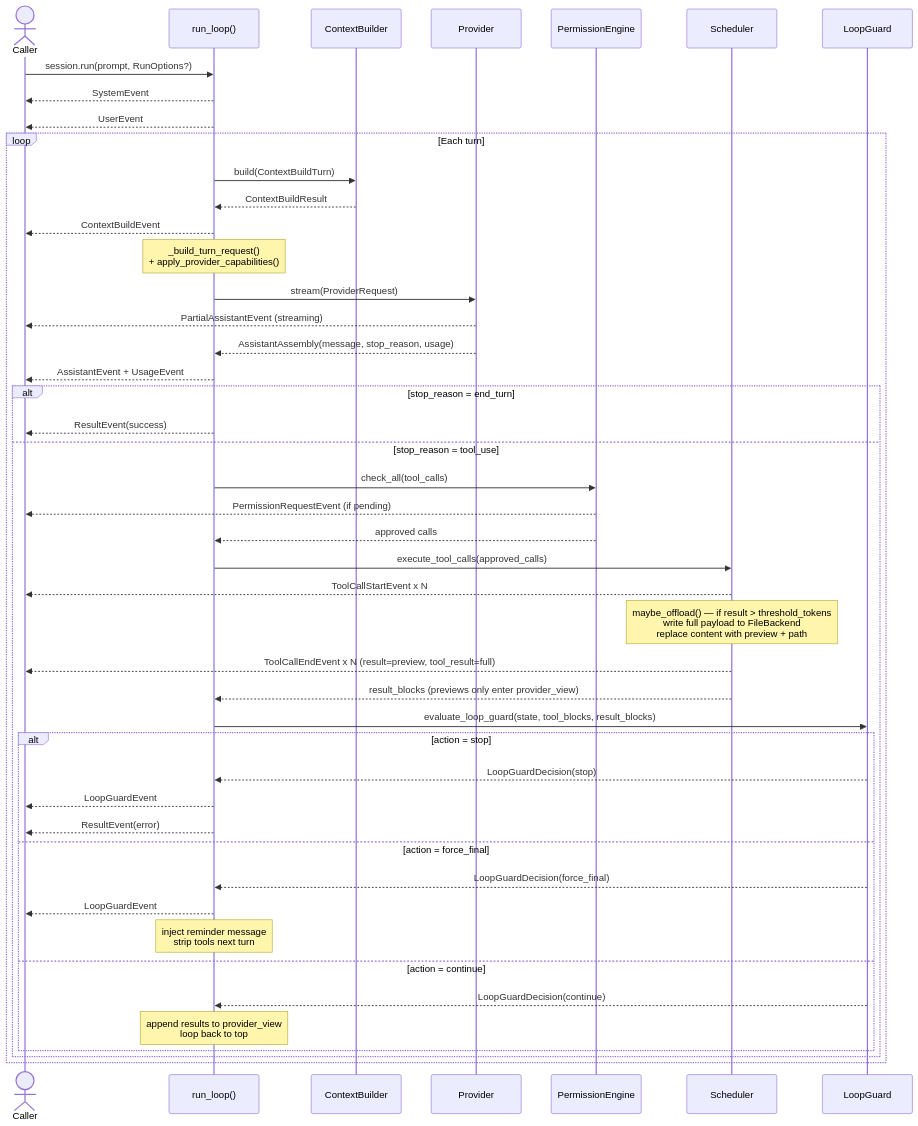
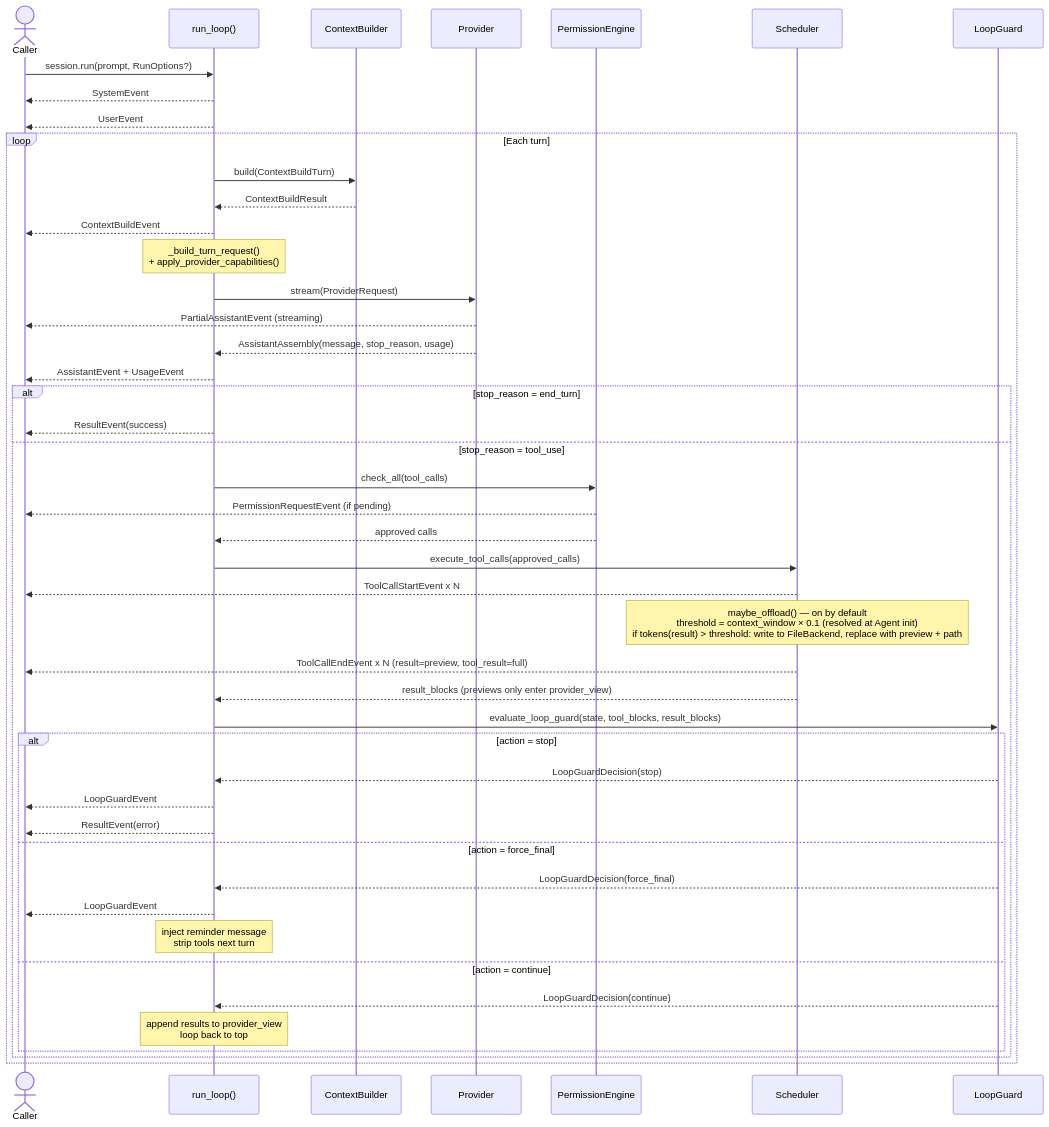
The second of 14 diagrams in docs/architecture.md (DuyTa506/linch), drawn with Mermaid before and after one commit. The commit also changed other lines of this file and 46 other files, not shown here.

````diff
--- a/docs/architecture.md
+++ b/docs/architecture.md
@@ -81,57 +81,57 @@
 ```mermaid
 sequenceDiagram
     actor Caller
     participant RL as run_loop()
     participant CB as ContextBuilder
     participant PR as Provider
     participant PE as PermissionEngine
     participant SC as Scheduler
     participant LG as LoopGuard
 
     Caller->>RL: session.run(prompt, RunOptions?)
     RL-->>Caller: SystemEvent
     RL-->>Caller: UserEvent
 
     loop Each turn
         RL->>CB: build(ContextBuildTurn)
         CB-->>RL: ContextBuildResult
         RL-->>Caller: ContextBuildEvent
 
         Note over RL: _build_turn_request()<br/>+ apply_provider_capabilities()
 
         RL->>PR: stream(ProviderRequest)
         PR-->>Caller: PartialAssistantEvent (streaming)
         PR-->>RL: AssistantAssembly(message, stop_reason, usage)
 
         RL-->>Caller: AssistantEvent + UsageEvent
 
         alt stop_reason = end_turn
             RL-->>Caller: ResultEvent(success)
         else stop_reason = tool_use
             RL->>PE: check_all(tool_calls)
             PE-->>Caller: PermissionRequestEvent (if pending)
             PE-->>RL: approved calls
 
             RL->>SC: execute_tool_calls(approved_calls)
             SC-->>Caller: ToolCallStartEvent x N
-            Note over SC: maybe_offload() — if result > threshold_tokens<br/>write full payload to FileBackend<br/>replace content with preview + path
+            Note over SC: maybe_offload() — on by default<br/>threshold = context_window × 0.1 (resolved at Agent init)<br/>if tokens(result) > threshold: write to FileBackend, replace with preview + path
             SC-->>Caller: ToolCallEndEvent x N (result=preview, tool_result=full)
             SC-->>RL: result_blocks (previews only enter provider_view)
 
             RL->>LG: evaluate_loop_guard(state, tool_blocks, result_blocks)
 
             alt action = stop
                 LG-->>RL: LoopGuardDecision(stop)
                 RL-->>Caller: LoopGuardEvent
                 RL-->>Caller: ResultEvent(error)
             else action = force_final
                 LG-->>RL: LoopGuardDecision(force_final)
                 RL-->>Caller: LoopGuardEvent
                 Note over RL: inject reminder message<br/>strip tools next turn
             else action = continue
                 LG-->>RL: LoopGuardDecision(continue)
                 Note over RL: append results to provider_view<br/>loop back to top
             end
         end
     end
 ```
````
